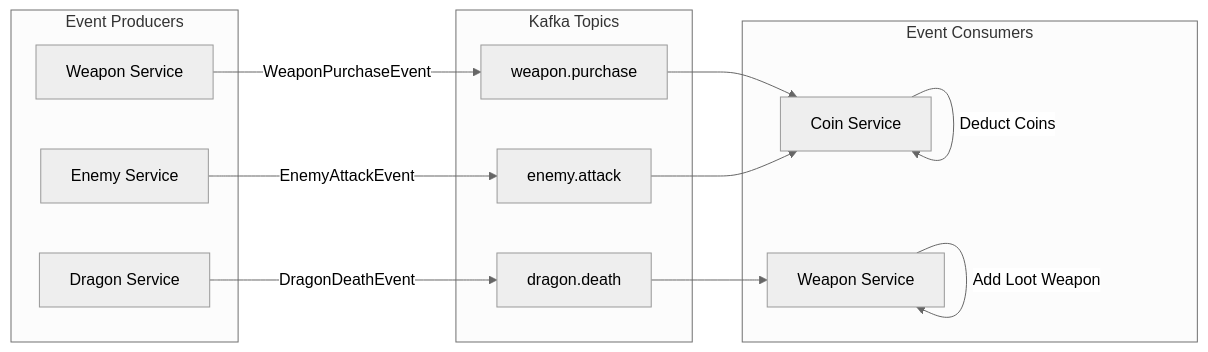
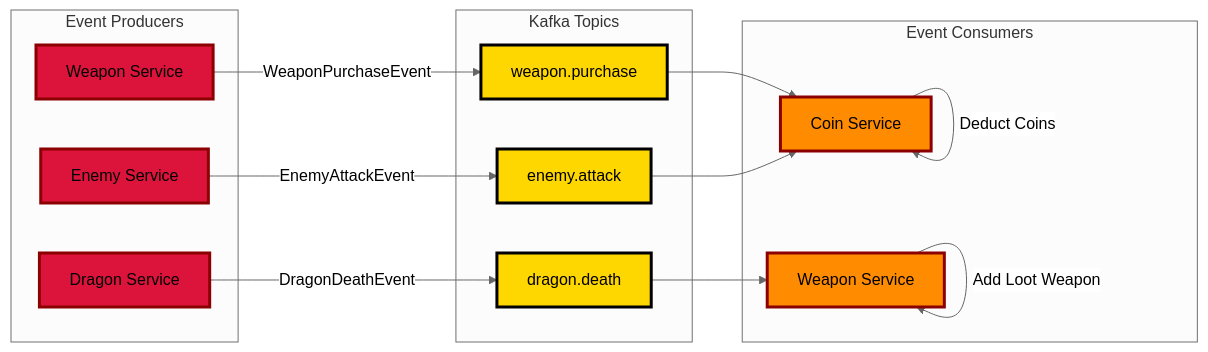
The fifth of 8 diagrams in README.md (tiraten-bot/network-sec-micro), drawn with Mermaid (neutral theme) before and after one commit. The commit also changed other lines of this file, not shown here.

Commit message:
Enhance README.md with updated service communication flow, database architecture, and API endpoint diagrams. Add styling for various components to improve visual clarity and consistency.

````diff
--- a/README.md
+++ b/README.md
@@ -218,30 +244,39 @@
 ```mermaid
 graph LR
     subgraph "Event Producers"
         WP[Weapon Service]
         E[Enemy Service]
         D[Dragon Service]
     end
     
     subgraph "Kafka Topics"
         T1[weapon.purchase]
         T2[enemy.attack]
         T3[dragon.death]
     end
     
     subgraph "Event Consumers"
         C[Coin Service]
         WP2[Weapon Service]
     end
     
     WP -->|WeaponPurchaseEvent| T1
     E -->|EnemyAttackEvent| T2
     D -->|DragonDeathEvent| T3
     
     T1 --> C
     T2 --> C
     T3 --> WP2
     
     C -->|Deduct Coins| C
     WP2 -->|Add Loot Weapon| WP2
+    
+    style WP fill:#DC143C,stroke:#8B0000,stroke-width:3px
+    style E fill:#DC143C,stroke:#8B0000,stroke-width:3px
+    style D fill:#DC143C,stroke:#8B0000,stroke-width:3px
+    style T1 fill:#FFD700,stroke:#000000,stroke-width:3px
+    style T2 fill:#FFD700,stroke:#000000,stroke-width:3px
+    style T3 fill:#FFD700,stroke:#000000,stroke-width:3px
+    style C fill:#FF8C00,stroke:#8B0000,stroke-width:3px
+    style WP2 fill:#FF8C00,stroke:#8B0000,stroke-width:3px
 ```
````
